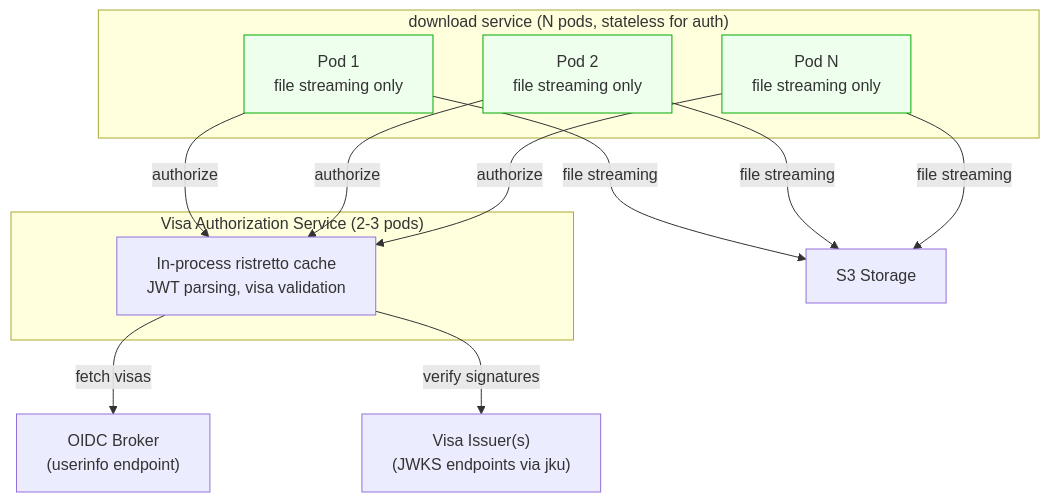
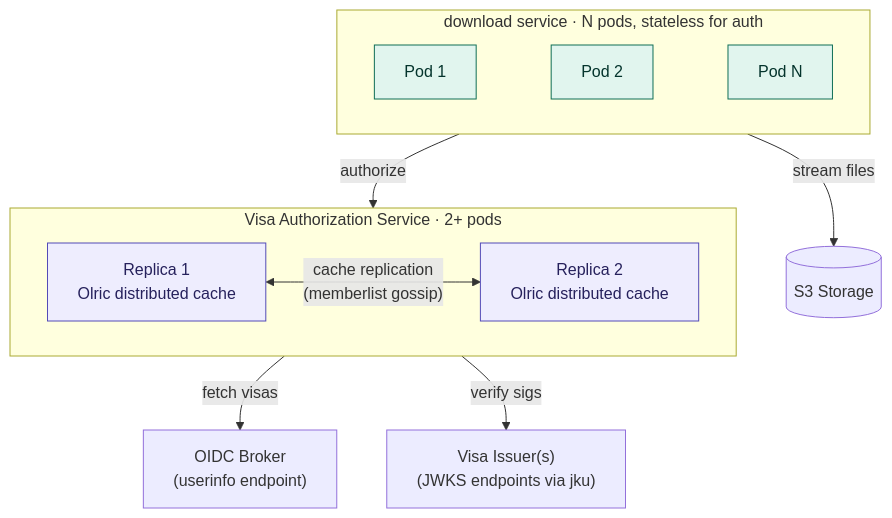
One commit to neicnordic/sensitive-data-archive changed the second of 2 diagrams in docs/decisions/0004-separate-passport-clearinghouse-service.md. Above: the diagram before and after it, drawn with Mermaid. The commit also changed other lines of this file, not shown here.

First line of the commit message:
docs(adr): add Olric distributed cache and HA design to ADR-0004

````diff
--- a/docs/decisions/0004-separate-passport-clearinghouse-service.md
+++ b/docs/decisions/0004-separate-passport-clearinghouse-service.md
@@ -151,29 +147,28 @@
 ```mermaid
-graph TB
-    subgraph "Visa Authorization Service (2-3 pods)"
-        CH["In-process ristretto cache<br/>JWT parsing, visa validation"]
+flowchart TB
+    subgraph download["download service · N pods, stateless for auth"]
+        D1["Pod 1"] ~~~ D2["Pod 2"] ~~~ DN["Pod N"]
     end
 
-    subgraph "download service (N pods, stateless for auth)"
-        D1["Pod 1<br/>file streaming only"]
-        D2["Pod 2<br/>file streaming only"]
-        DN["Pod N<br/>file streaming only"]
+    subgraph auth["Visa Authorization Service · 2+ pods"]
+        direction LR
+        CH1["Replica 1\nOlric distributed cache"]
+        CH2["Replica 2\nOlric distributed cache"]
+        CH1 <-->|"cache replication\n(memberlist gossip)"| CH2
     end
 
-    OIDC["OIDC Broker<br/>(userinfo endpoint)"]
-    JWKS["Visa Issuer(s)<br/>(JWKS endpoints via jku)"]
-    S3["S3 Storage"]
+    OIDC["OIDC Broker\n(userinfo endpoint)"]
+    JWKS["Visa Issuer(s)\n(JWKS endpoints via jku)"]
+    S3[("S3 Storage")]
 
-    D1 -->|"authorize"| CH
-    D2 -->|"authorize"| CH
-    DN -->|"authorize"| CH
-    CH -->|"fetch visas"| OIDC
-    CH -->|"verify signatures"| JWKS
-    D1 -->|"file streaming"| S3
-    D2 -->|"file streaming"| S3
-    DN -->|"file streaming"| S3
+    download -->|"authorize"| auth
+    download -->|"stream files"| S3
+    auth -->|"fetch visas"| OIDC
+    auth -->|"verify sigs"| JWKS
 
-    style D1 fill:#efe,stroke:#0a0
-    style D2 fill:#efe,stroke:#0a0
-    style DN fill:#efe,stroke:#0a0
+    style D1 fill:#e1f5ee,stroke:#0f6e56,color:#04342c
+    style D2 fill:#e1f5ee,stroke:#0f6e56,color:#04342c
+    style DN fill:#e1f5ee,stroke:#0f6e56,color:#04342c
+    style CH1 fill:#eeedfe,stroke:#534ab7,color:#26215c
+    style CH2 fill:#eeedfe,stroke:#534ab7,color:#26215c
 ```
````
